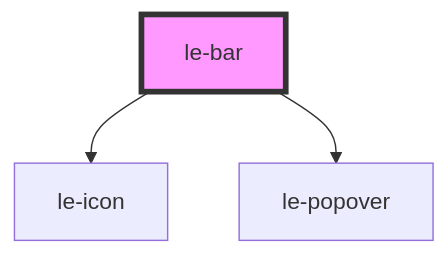
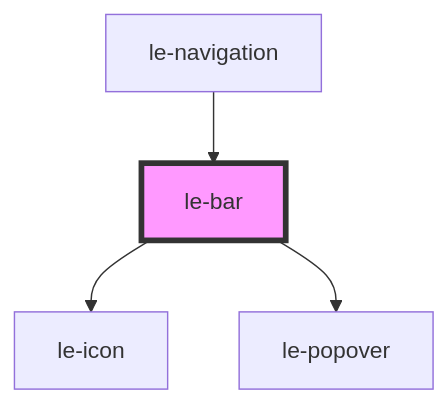
Before and after one commit to leechy/le-kit: the diagram in src/components/le-bar/readme.md, drawn with Mermaid. The commit also changed other lines of this file and 9 other files, not shown here.

First line of the commit message:
refactor: use le-bar inside le-navigation for horizontal layout

````diff
--- a/src/components/le-bar/readme.md
+++ b/src/components/le-bar/readme.md
@@ -78,6 +83,7 @@
 ```mermaid
 graph TD;
   le-bar --> le-icon
   le-bar --> le-popover
+  le-navigation --> le-bar
   style le-bar fill:#f9f,stroke:#333,stroke-width:4px
 ```
````
